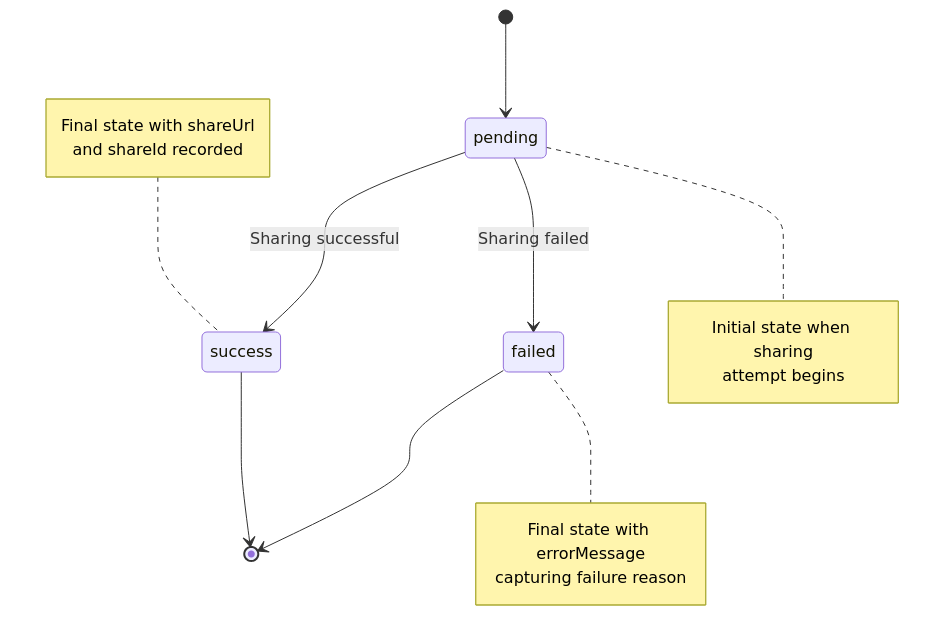
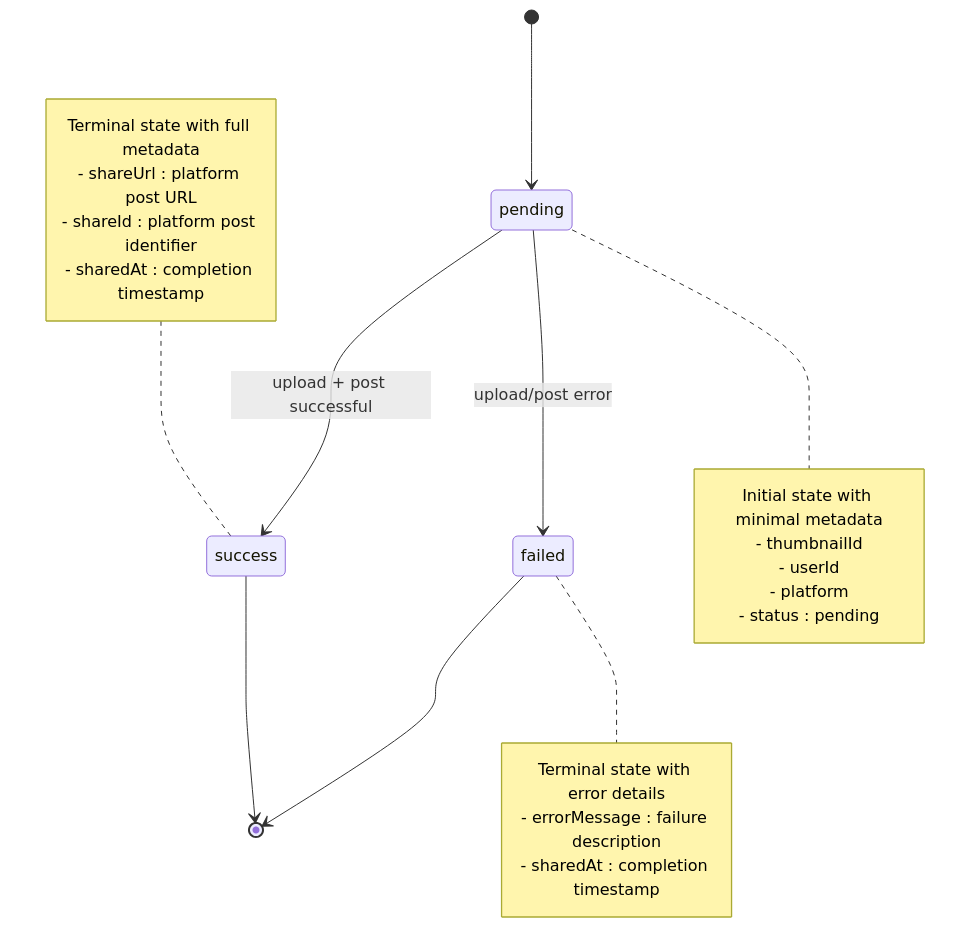
One commit to Brimstow/ThumPiks changed the fourth of 7 diagrams in .qoder/repowiki/en/content/Social Media Integration/Share Workflow and UI Integration.md. Above: the diagram before and after it, drawn with Mermaid. The commit also changed other lines of this file and 900 other files, not shown here.

````diff
--- a/.qoder/repowiki/en/content/Social Media Integration/Share Workflow and UI Integration.md
+++ b/.qoder/repowiki/en/content/Social Media Integration/Share Workflow and UI Integration.md
@@ -177,20 +256,26 @@
 ```mermaid
 stateDiagram-v2
 [*] --> pending
-pending --> success : Sharing successful
-pending --> failed : Sharing failed
+pending --> success : upload + post successful
+pending --> failed : upload/post error
 success --> [*]
 failed --> [*]
 note right of pending
-Initial state when sharing
-attempt begins
+Initial state with minimal metadata
+- thumbnailId
+- userId
+- platform
+- status : pending
 end note
 note left of success
-Final state with shareUrl
-and shareId recorded
+Terminal state with full metadata
+- shareUrl : platform post URL
+- shareId : platform post identifier
+- sharedAt : completion timestamp
 end note
 note right of failed
-Final state with errorMessage
-capturing failure reason
+Terminal state with error details
+- errorMessage : failure description
+- sharedAt : completion timestamp
 end note
 ```
````
